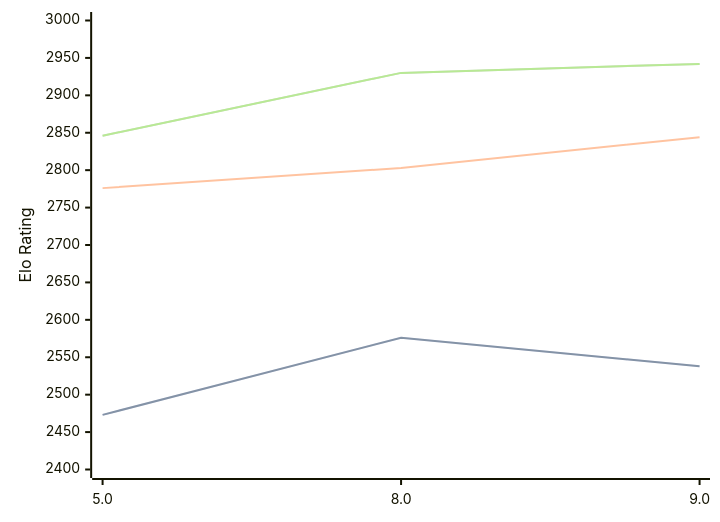
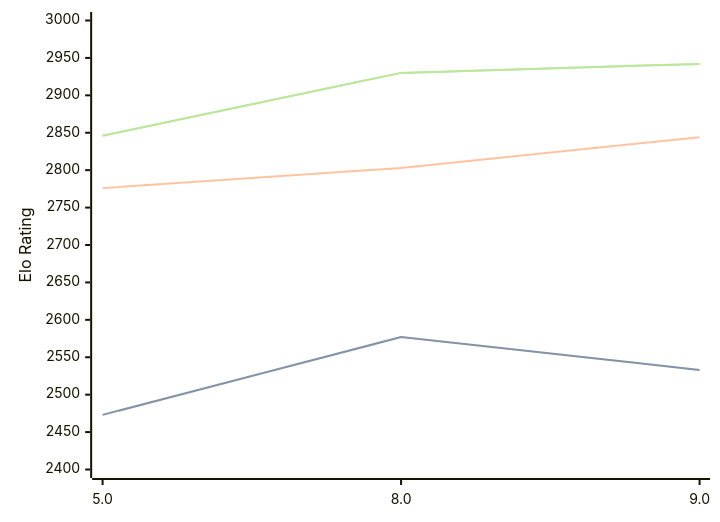
The third of 3 diagrams in engines/4kc.md (computer-chess-index/cci), drawn with Mermaid before and after one commit. The commit also changed other lines of this file, not shown here.

````diff
--- a/engines/4kc.md
+++ b/engines/4kc.md
@@ -75,11 +75,11 @@
 ```mermaid
 %%{init: {"theme":"base","themeVariables":{"seriesColors:['#a3a3a3','#222221','#faa371']}}}%%
 xychart-beta
   x-axis ["5.0", "8.0", "9.0"]
   y-axis "Elo Rating" 2400 --> 3000
-  line "STC (8.0+0.08s)" [2473, 2576, 2538]
-  line "STC (8.0+0.08s)" [2473, 2576, 2538]
+  line "STC (8.0+0.08s)" [2473, 2577, 2533]
+  line "STC (8.0+0.08s)" [2473, 2577, 2533]
   line "LTC (60.0+0.60s)" [2776, 2803, 2844]
   line "VLTC (2m24s+1.12s)" [2846, 2930, 2942]
   line "VLTC (2m24s+1.12s)" [2846, 2930, 2942]
 ```
````
